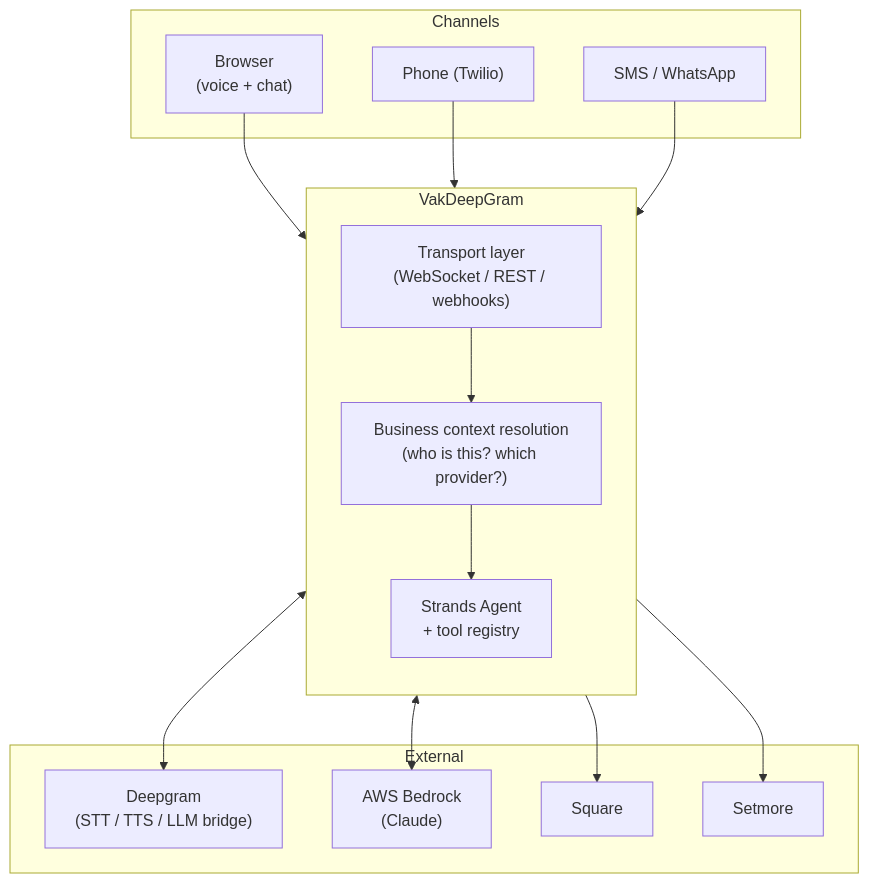
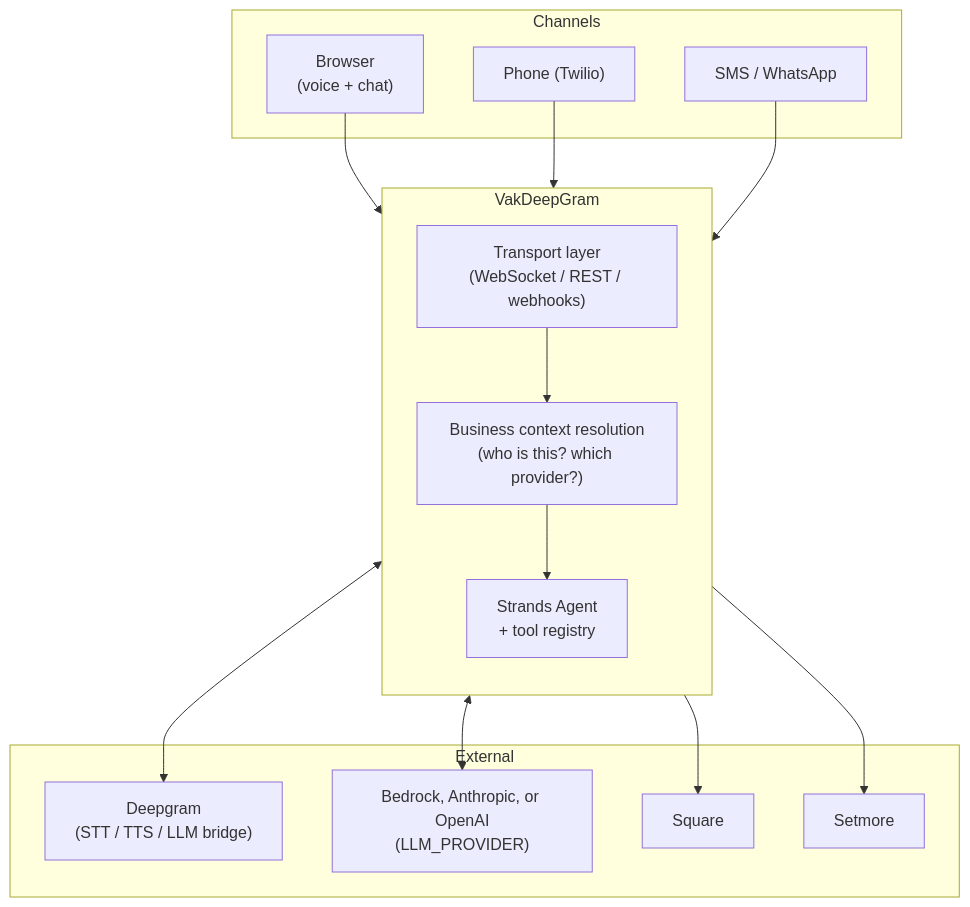
One commit to cnv1989/VakVoiceAssistant changed the diagram in docs/DESIGN.md. Above: the diagram before and after it, drawn with Mermaid. The commit also changed 5 other files, not shown here.

First line of the commit message:
Document multi-provider LLM/voice support across all docs

````diff
--- a/docs/DESIGN.md
+++ b/docs/DESIGN.md
@@ -34,31 +34,31 @@
 ```mermaid
 flowchart TB
     subgraph Channels
         Web["Browser<br/>(voice + chat)"]
         Phone["Phone (Twilio)"]
         SMS["SMS / WhatsApp"]
     end
 
     subgraph Vak["VakDeepGram"]
         direction TB
         Transport["Transport layer<br/>(WebSocket / REST / webhooks)"]
         Context["Business context resolution<br/>(who is this? which provider?)"]
         Agent["Strands Agent<br/>+ tool registry"]
         Transport --> Context --> Agent
     end
 
     subgraph External
         Deepgram["Deepgram<br/>(STT / TTS / LLM bridge)"]
-        Bedrock["AWS Bedrock<br/>(Claude)"]
+        LLM["Bedrock, Anthropic, or OpenAI<br/>(LLM_PROVIDER)"]
         Square["Square"]
         Setmore["Setmore"]
     end
 
     Web --> Transport
     Phone --> Transport
     SMS --> Transport
     Agent <--> Deepgram
-    Agent <--> Bedrock
+    Agent <--> LLM
     Agent --> Square
     Agent --> Setmore
 ```
````
